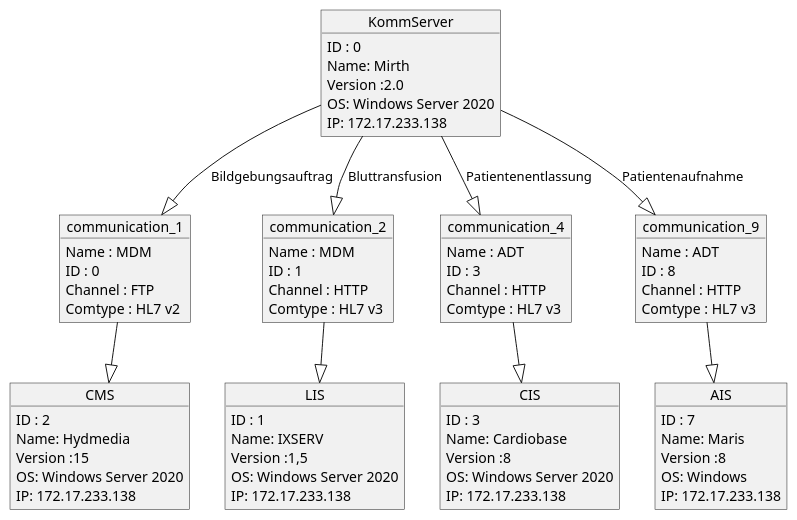
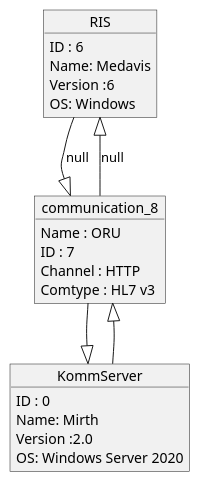
One commit to VirtualReality1/topologieSpringBoot changed the diagram in static/puml/RIS.puml. Above: the diagram before and after it, drawn with PlantUML. The commit also changed 17 other files, not shown here.

```diff
--- a/static/puml/RIS.puml
+++ b/static/puml/RIS.puml
@@ -1,60 +1,21 @@
 @startuml
+object RIS
 object KommServer
-object CMS
-CMS : ID : 2
-CMS : Name: Hydmedia
-CMS : Version :15
-CMS : OS: Windows Server 2020
-CMS : IP: 172.17.233.138
-object communication_1
-communication_1 : Name : MDM
-communication_1 : ID : 0
-communication_1 : Channel : FTP
-communication_1 : Comtype : HL7 v2
-KommServer --|> communication_1:Bildgebungsauftrag
-communication_1 --|> CMS
-object LIS
-LIS : ID : 1
-LIS : Name: IXSERV
-LIS : Version :1,5
-LIS : OS: Windows Server 2020
-LIS : IP: 172.17.233.138
-object communication_2
-communication_2 : Name : MDM
-communication_2 : ID : 1
-communication_2 : Channel : HTTP
-communication_2 : Comtype : HL7 v3
-KommServer --|> communication_2:Bluttransfusion
-communication_2 --|> LIS
-object CIS
-CIS : ID : 3
-CIS : Name: Cardiobase
-CIS : Version :8
-CIS : OS: Windows Server 2020
-CIS : IP: 172.17.233.138
-object communication_4
-communication_4 : Name : ADT
-communication_4 : ID : 3
-communication_4 : Channel : HTTP
-communication_4 : Comtype : HL7 v3
-KommServer --|> communication_4:Patientenentlassung
-communication_4 --|> CIS
-object AIS
-AIS : ID : 7
-AIS : Name: Maris
-AIS : Version :8
-AIS : OS: Windows
-AIS : IP: 172.17.233.138
-object communication_9
-communication_9 : Name : ADT
-communication_9 : ID : 8
-communication_9 : Channel : HTTP
-communication_9 : Comtype : HL7 v3
-KommServer --|> communication_9:Patientenaufnahme
-communication_9 --|> AIS
 KommServer : ID : 0
 KommServer : Name: Mirth
 KommServer : Version :2.0
 KommServer : OS: Windows Server 2020
-KommServer : IP: 172.17.233.138
+object communication_8
+communication_8 : Name : ORU
+communication_8 : ID : 7
+communication_8 : Channel : HTTP
+communication_8 : Comtype : HL7 v3
+RIS --|> communication_8:null
+communication_8 --|> KommServer
+RIS <|-- communication_8:null
+communication_8 <|-- KommServer
+RIS : ID : 6
+RIS : Name: Medavis
+RIS : Version :6
+RIS : OS: Windows
 @enduml
```
